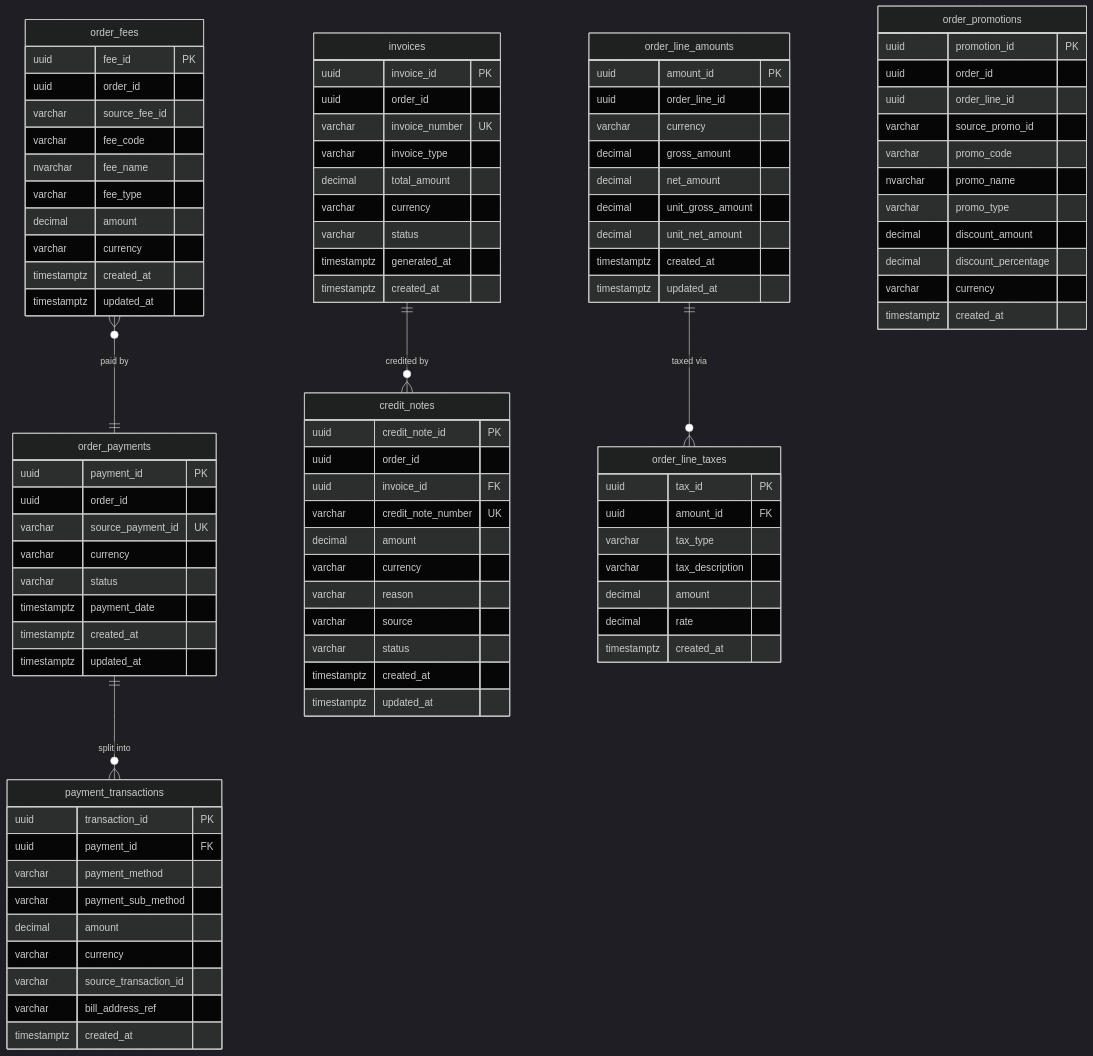
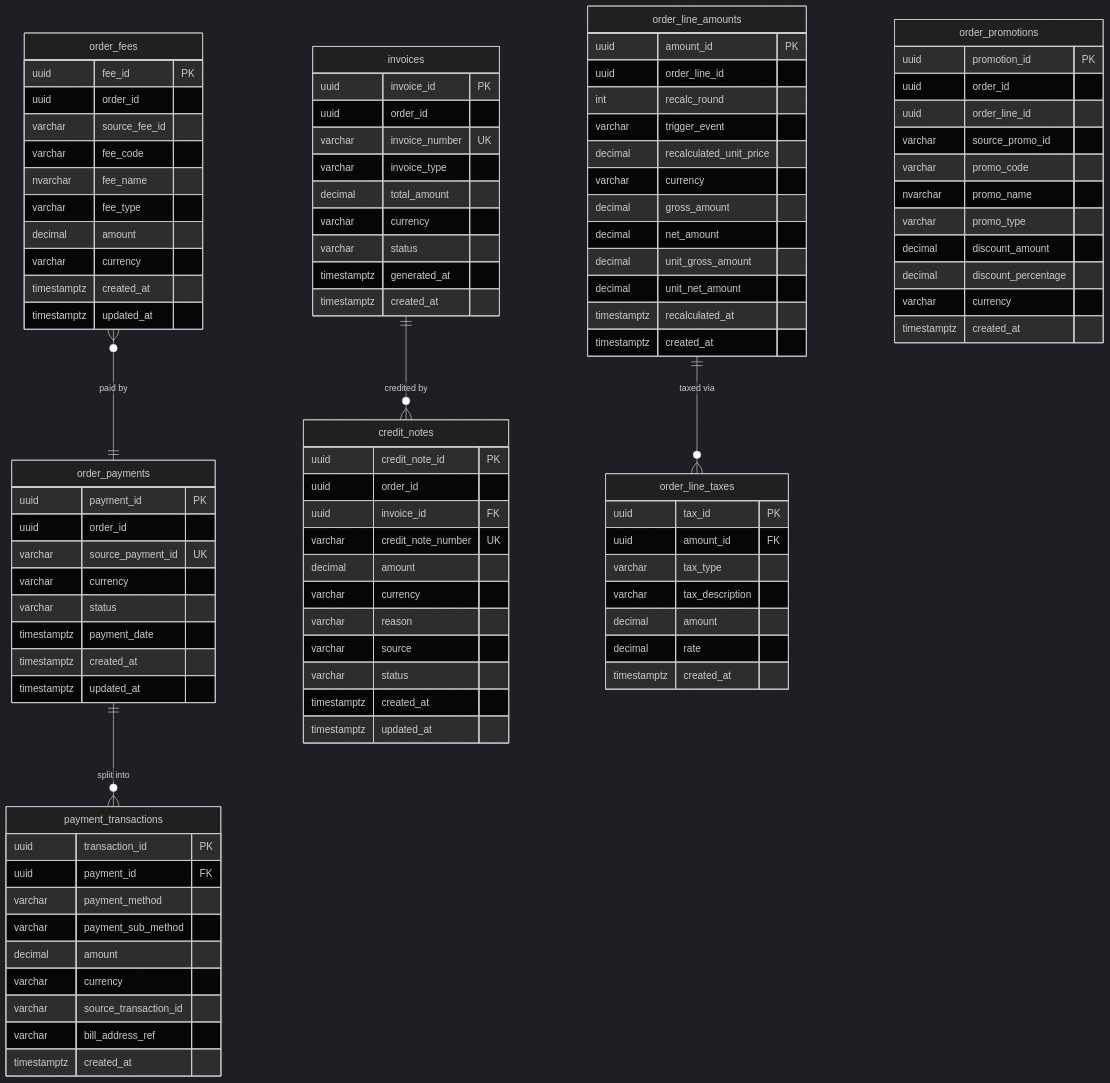
The second of 4 diagrams in result/oms-er-diagrams.md (rosered11/personal-claude), drawn with Mermaid (dark theme) before and after one commit. The commit also changed other lines of this file and 184 other files, not shown here.

```diff
--- a/result/oms-er-diagrams.md
+++ b/result/oms-er-diagrams.md
@@ -275,13 +303,16 @@
     order_line_amounts {
         uuid amount_id PK
         uuid order_line_id
+        int recalc_round
+        varchar trigger_event
+        decimal recalculated_unit_price
         varchar currency
         decimal gross_amount
         decimal net_amount
         decimal unit_gross_amount
         decimal unit_net_amount
+        timestamptz recalculated_at
         timestamptz created_at
-        timestamptz updated_at
     }
 
     order_line_taxes {
```
